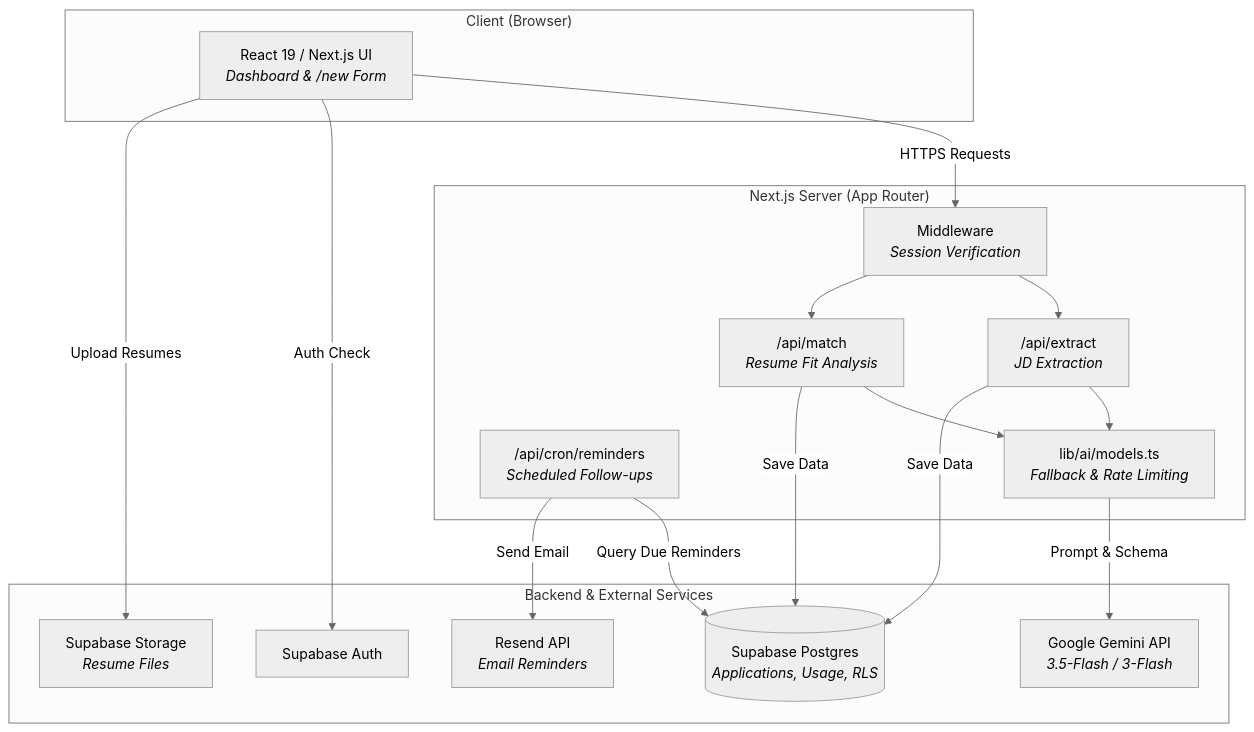
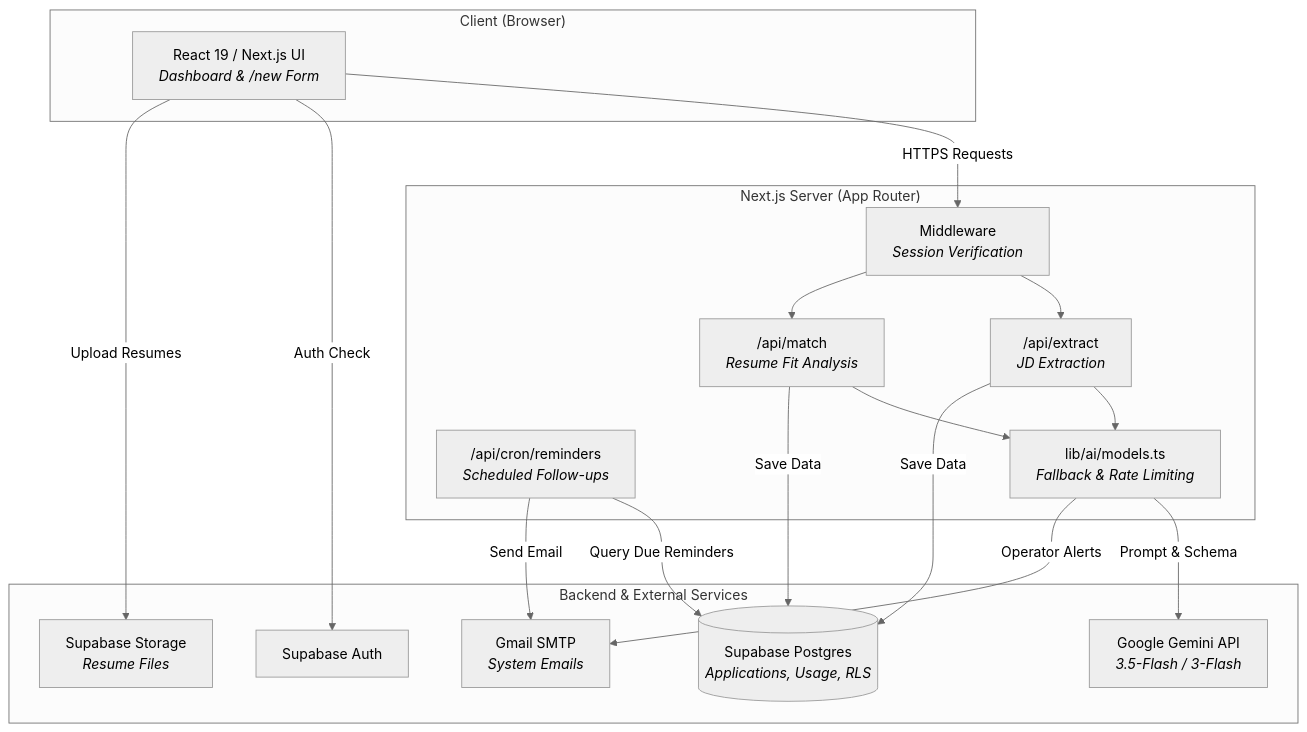
One commit to mematello/ApplyFlow changed the first of 2 diagrams in README.md. Above: the diagram before and after it, drawn with Mermaid (neutral theme). The commit also changed other lines of this file and 4 other files, not shown here.

Commit message:
docs: update schema, architecture, decisions, changelog, and README with Nodemailer migration

````diff
--- a/README.md
+++ b/README.md
@@ -53,39 +54,40 @@
 ```mermaid
 graph TD
     subgraph Client["Client (Browser)"]
         UI["React 19 / Next.js UI<br/><i>Dashboard & /new Form</i>"]
     end
 
     subgraph Server["Next.js Server (App Router)"]
         MW["Middleware<br/><i>Session Verification</i>"]
         ExtractRoute["/api/extract<br/><i>JD Extraction</i>"]
         MatchRoute["/api/match<br/><i>Resume Fit Analysis</i>"]
         CronRoute["/api/cron/reminders<br/><i>Scheduled Follow-ups</i>"]
         AILib["lib/ai/models.ts<br/><i>Fallback & Rate Limiting</i>"]
     end
 
     subgraph Cloud["Backend & External Services"]
         SupabaseDB[("Supabase Postgres<br/><i>Applications, Usage, RLS</i>")]
         SupabaseAuth["Supabase Auth"]
         SupabaseStorage["Supabase Storage<br/><i>Resume Files</i>"]
         Gemini["Google Gemini API<br/><i>3.5-Flash / 3-Flash</i>"]
-        Resend["Resend API<br/><i>Email Reminders</i>"]
+        GmailSMTP["Gmail SMTP<br/><i>System Emails</i>"]
     end
 
     UI -->|HTTPS Requests| MW
     MW --> ExtractRoute
     MW --> MatchRoute
     
     ExtractRoute --> AILib
     MatchRoute --> AILib
     AILib -->|Prompt & Schema| Gemini
     
     ExtractRoute -->|Save Data| SupabaseDB
     MatchRoute -->|Save Data| SupabaseDB
     
     UI -->|Auth Check| SupabaseAuth
     UI -->|Upload Resumes| SupabaseStorage
     
     CronRoute -->|Query Due Reminders| SupabaseDB
-    CronRoute -->|Send Email| Resend
+    CronRoute -->|Send Email| GmailSMTP
+    AILib -->|Operator Alerts| GmailSMTP
 ```
````
